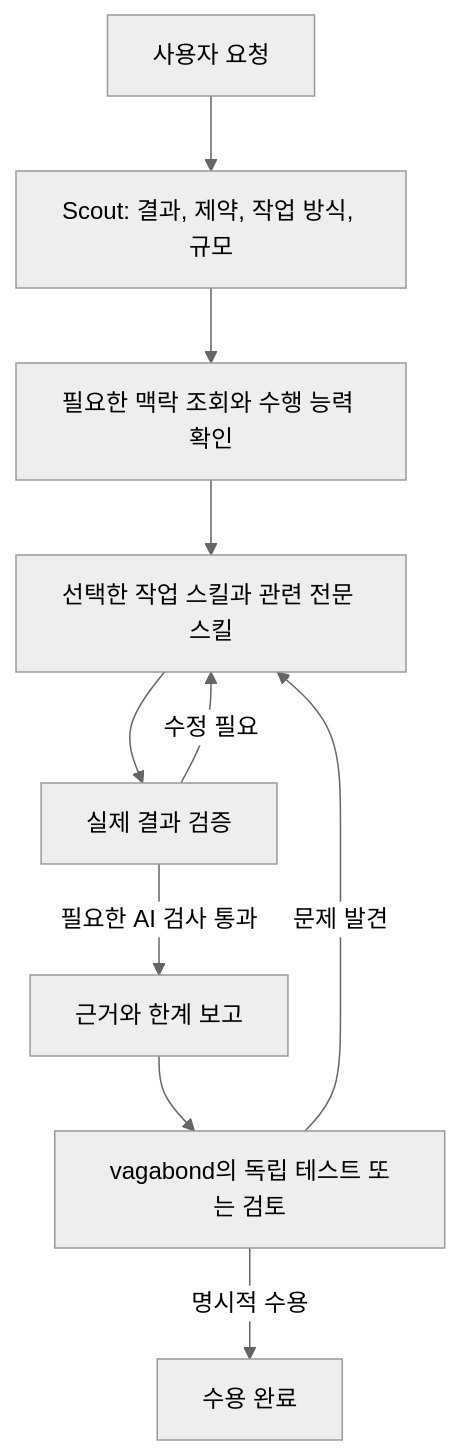
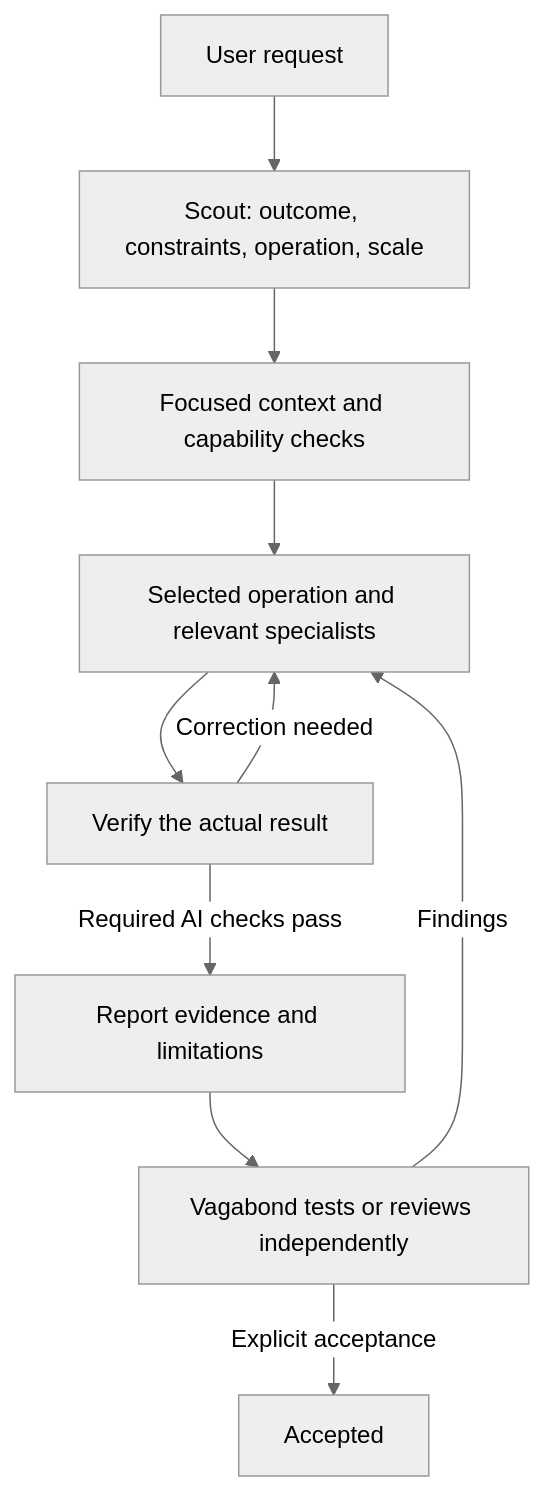
The diagram in README.kr.md (earthboom/OneStep), drawn with Mermaid (neutral theme) before and after one commit. The commit also changed other lines of this file and 118 other files, not shown here.

````diff
--- a/README.kr.md
+++ b/README.kr.md
@@ -24,12 +20,12 @@
 ```mermaid
 flowchart TD
-    R[사용자 요청] --> S[Scout: 결과, 제약, 작업 방식, 규모]
-    S --> K[필요한 맥락 조회와 수행 능력 확인]
-    K --> W[선택한 작업 스킬과 관련 전문 스킬]
-    W --> V[실제 결과 검증]
-    V -->|수정 필요| W
-    V -->|필요한 AI 검사 통과| H[근거와 한계 보고]
-    H --> U[vagabond의 독립 테스트 또는 검토]
-    U -->|문제 발견| W
-    U -->|명시적 수용| A[수용 완료]
+    R[User request] --> S[Scout: outcome, constraints, operation, scale]
+    S --> K[Focused context and capability checks]
+    K --> W[Selected operation and relevant specialists]
+    W --> V[Verify the actual result]
+    V -->|Correction needed| W
+    V -->|Required AI checks pass| H[Report evidence and limitations]
+    H --> U[Vagabond tests or reviews independently]
+    U -->|Findings| W
+    U -->|Explicit acceptance| A[Accepted]
 ```
````
